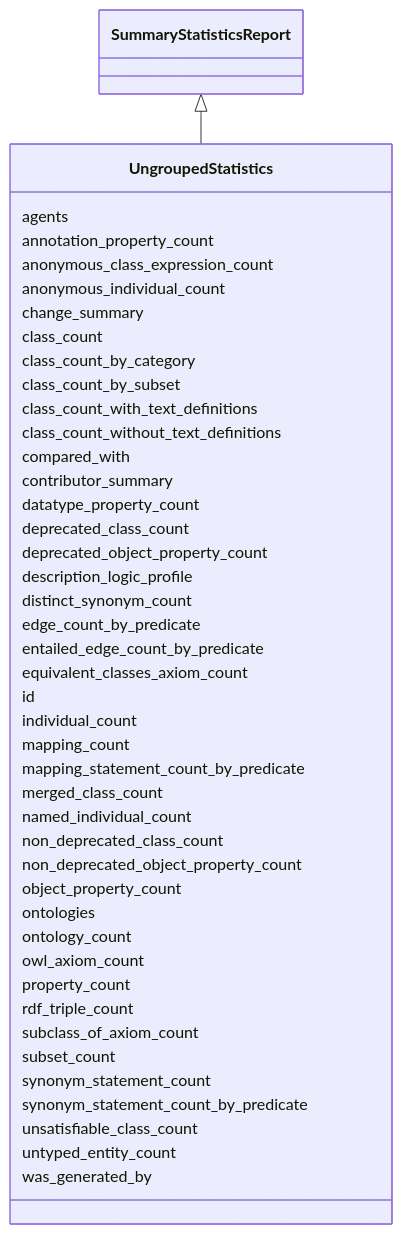
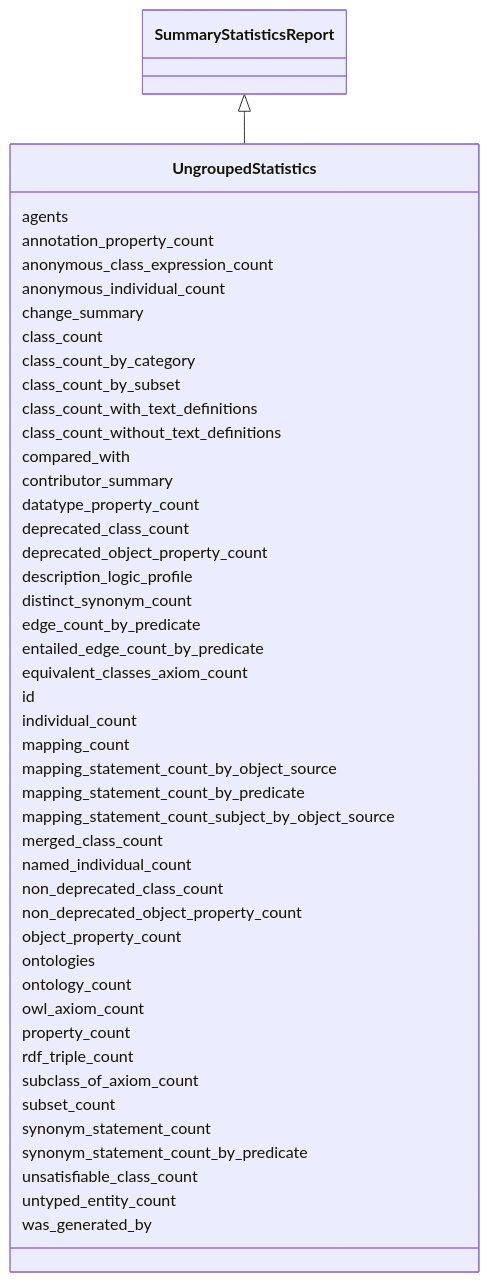
One commit to INCATools/ontology-access-kit changed the diagram in summary-statistics/UngroupedStatistics.md. Above: the diagram before and after it, drawn with Mermaid. The commit also changed other lines of this file and 84 other files, not shown here.

````diff
--- a/summary-statistics/UngroupedStatistics.md
+++ b/summary-statistics/UngroupedStatistics.md
@@ -10,48 +10,50 @@
 ```{mermaid}
  classDiagram
     class UngroupedStatistics
       SummaryStatisticsReport <|-- UngroupedStatistics
       
       UngroupedStatistics : agents
       UngroupedStatistics : annotation_property_count
       UngroupedStatistics : anonymous_class_expression_count
       UngroupedStatistics : anonymous_individual_count
       UngroupedStatistics : change_summary
       UngroupedStatistics : class_count
       UngroupedStatistics : class_count_by_category
       UngroupedStatistics : class_count_by_subset
       UngroupedStatistics : class_count_with_text_definitions
       UngroupedStatistics : class_count_without_text_definitions
       UngroupedStatistics : compared_with
       UngroupedStatistics : contributor_summary
       UngroupedStatistics : datatype_property_count
       UngroupedStatistics : deprecated_class_count
       UngroupedStatistics : deprecated_object_property_count
       UngroupedStatistics : description_logic_profile
       UngroupedStatistics : distinct_synonym_count
       UngroupedStatistics : edge_count_by_predicate
       UngroupedStatistics : entailed_edge_count_by_predicate
       UngroupedStatistics : equivalent_classes_axiom_count
       UngroupedStatistics : id
       UngroupedStatistics : individual_count
       UngroupedStatistics : mapping_count
+      UngroupedStatistics : mapping_statement_count_by_object_source
       UngroupedStatistics : mapping_statement_count_by_predicate
+      UngroupedStatistics : mapping_statement_count_subject_by_object_source
       UngroupedStatistics : merged_class_count
       UngroupedStatistics : named_individual_count
       UngroupedStatistics : non_deprecated_class_count
       UngroupedStatistics : non_deprecated_object_property_count
       UngroupedStatistics : object_property_count
       UngroupedStatistics : ontologies
       UngroupedStatistics : ontology_count
       UngroupedStatistics : owl_axiom_count
       UngroupedStatistics : property_count
       UngroupedStatistics : rdf_triple_count
       UngroupedStatistics : subclass_of_axiom_count
       UngroupedStatistics : subset_count
       UngroupedStatistics : synonym_statement_count
       UngroupedStatistics : synonym_statement_count_by_predicate
       UngroupedStatistics : unsatisfiable_class_count
       UngroupedStatistics : untyped_entity_count
       UngroupedStatistics : was_generated_by
       
 ```
````
